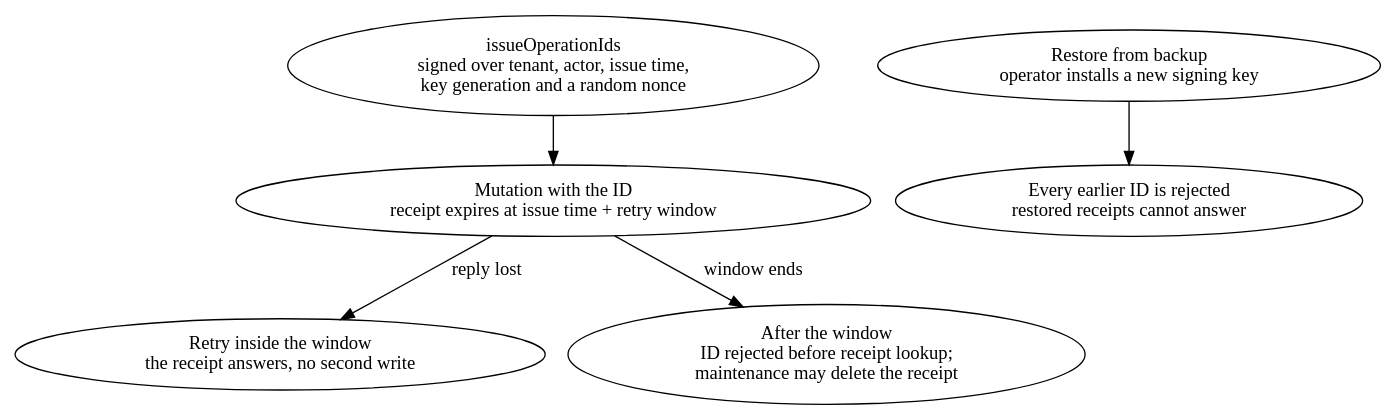
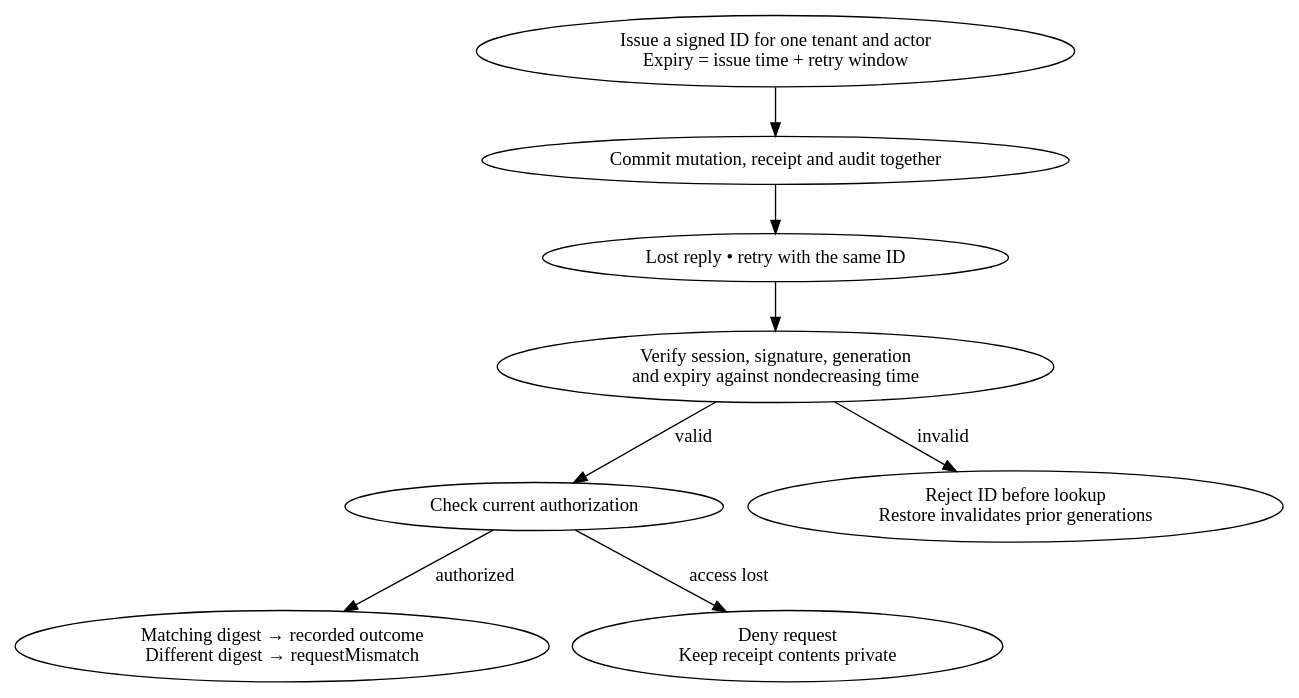
One commit to jeamy/phi-space changed the diagram in docs/img/src/zanzibar-operation-ids.dot. Above: the diagram before and after it, drawn with Graphviz. The commit also changed 10 other files, not shown here.

Commit message:
docs: define access, retry and recovery guarantees for the agent filesystem

```diff
--- a/docs/img/src/zanzibar-operation-ids.dot
+++ b/docs/img/src/zanzibar-operation-ids.dot
@@ -1,14 +1,13 @@
 digraph "Lifetime of an operation ID" {
 #include
-	issue [label="issueOperationIds\nsigned over tenant, actor, issue time,\nkey generation and a random nonce"];
-	use [label="Mutation with the ID\nreceipt expires at issue time + retry window", fillcolor="#d8eeea"];
-	retry [label="Retry inside the window\nthe receipt answers, no second write", fillcolor="#d8eeea"];
-	late [label="After the window\nID rejected before receipt lookup;\nmaintenance may delete the receipt", fillcolor="#fcf2d9"];
-	restore [label="Restore from backup\noperator installs a new signing key", fillcolor="#fcf2d9"];
-	dead [label="Every earlier ID is rejected\nrestored receipts cannot answer", fillcolor="#f8e9e5"];
-	issue -> use;
-	use -> retry [label="reply lost"];
-	use -> late [label="window ends"];
-	restore -> dead;
-	{rank=same; retry; late}
+  issue [label="Issue a signed ID for one tenant and actor\nExpiry = issue time + retry window"];
+  use [label="Commit mutation, receipt and audit together",fillcolor="#d8eeea"];
+  retry [label="Lost reply • retry with the same ID"];
+  verify [label="Verify session, signature, generation\nand expiry against nondecreasing time"];
+  auth [label="Check current authorization"];
+  result [label="Matching digest → recorded outcome\nDifferent digest → requestMismatch",fillcolor="#d8eeea"];
+  expired [label="Reject ID before lookup\nRestore invalidates prior generations",fillcolor="#fcf2d9"];
+  denied [label="Deny request\nKeep receipt contents private",fillcolor="#f8e9e5"];
+  issue -> use -> retry -> verify; verify -> expired [label="invalid"]; verify -> auth [label="valid"];
+  auth -> result [label="authorized"]; auth -> denied [label="access lost"];
 }
```
